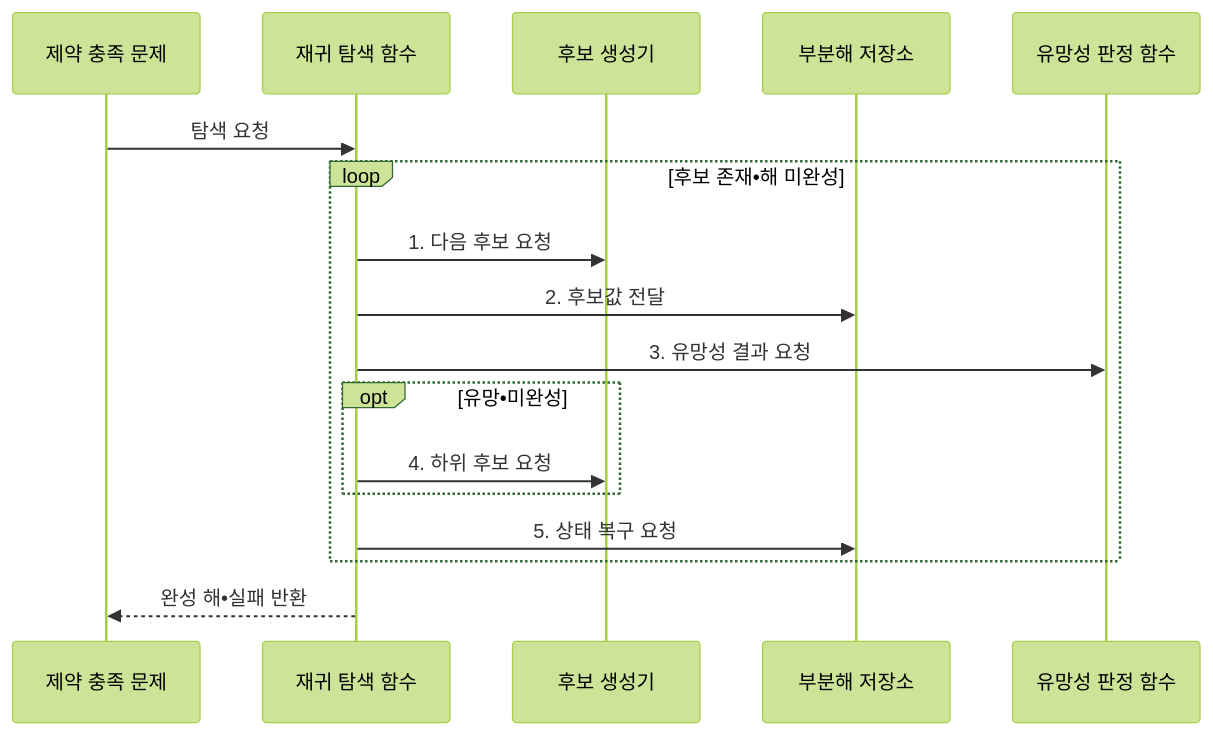
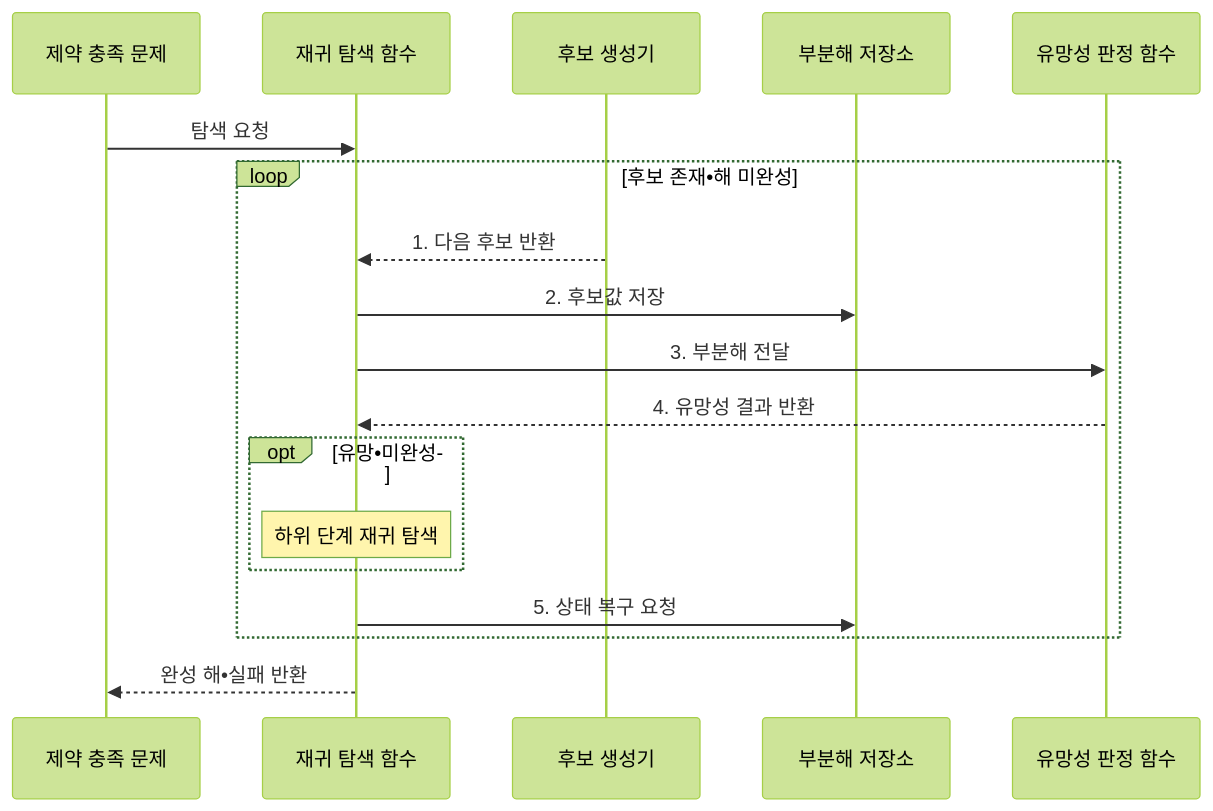
One commit to agnusdei1207/knowledge-base changed the second of 2 diagrams in src/content/docs/notes/01-basic-theory/016_backtracking.md. Above: the diagram before and after it, drawn with Mermaid (forest theme). The commit also changed other lines of this file and 19 other files, not shown here.

````diff
--- a/src/content/docs/notes/01-basic-theory/016_backtracking.md
+++ b/src/content/docs/notes/01-basic-theory/016_backtracking.md
@@ -82,19 +82,20 @@
 ```mermaid
 sequenceDiagram
     participant Q as 제약 충족 문제
     participant R as 재귀 탐색 함수
     participant C as 후보 생성기
     participant P as 부분해 저장소
     participant V as 유망성 판정 함수
     Q->>R: 탐색 요청
     loop 후보 존재•해 미완성
-        R->>C: 1. 다음 후보 요청
-        R->>P: 2. 후보값 전달
-        R->>V: 3. 유망성 결과 요청
+        C-->>R: 1. 다음 후보 반환
+        R->>P: 2. 후보값 저장
+        R->>V: 3. 부분해 전달
+        V-->>R: 4. 유망성 결과 반환
         opt 유망•미완성
-            R->>C: 4. 하위 후보 요청
+            Note over R: 하위 단계 재귀 탐색
         end
         R->>P: 5. 상태 복구 요청
     end
     R-->>Q: 완성 해•실패 반환
 ```
````
